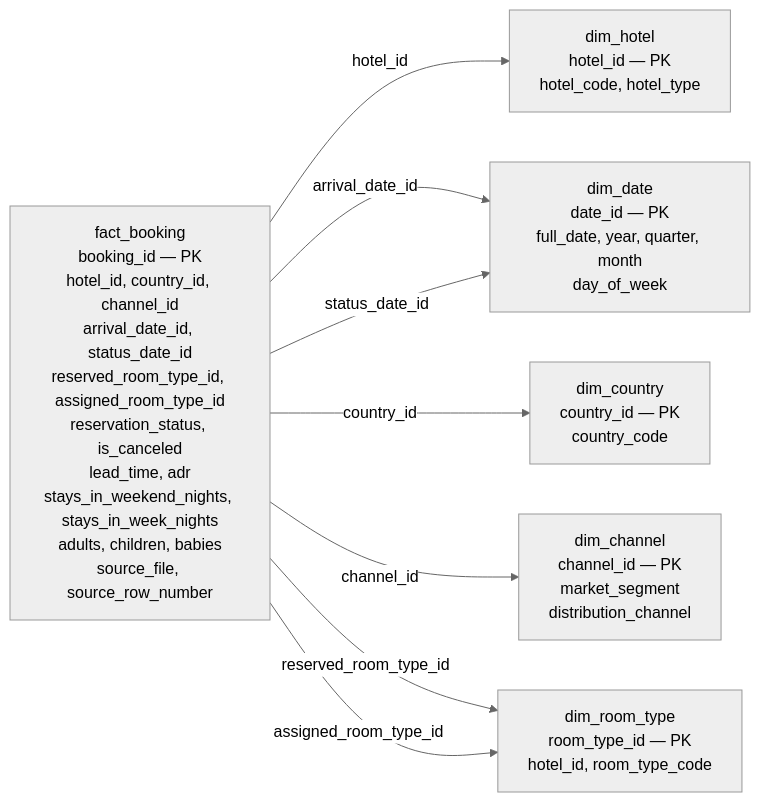
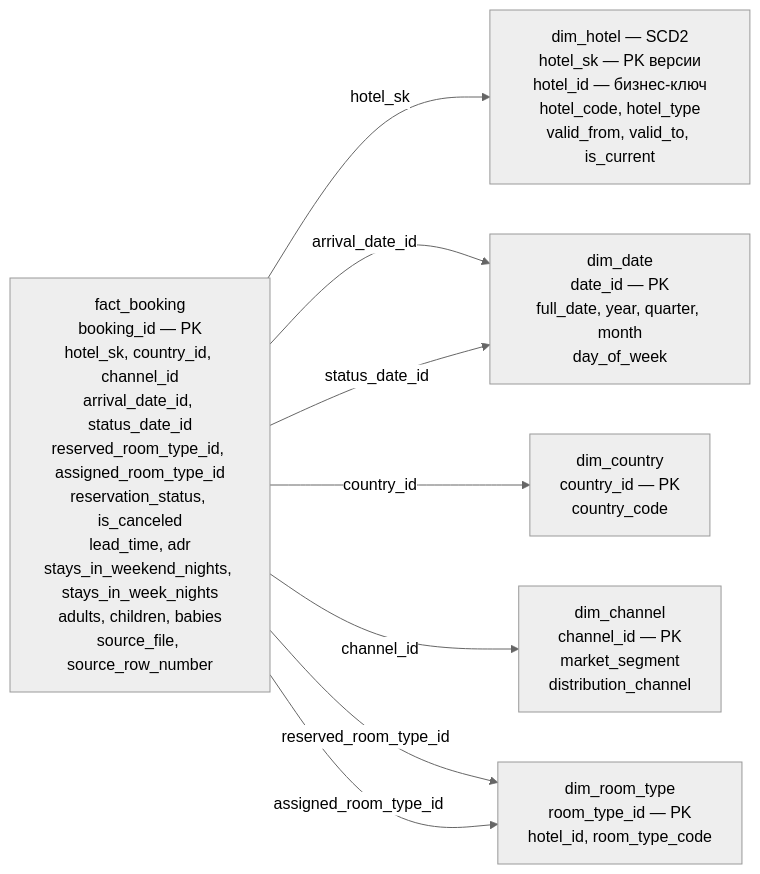
One commit to xqsy/OLAP changed the diagram in star.md. Above: the diagram before and after it, drawn with Mermaid (neutral theme). The commit also changed other lines of this file and 12 other files, not shown here.

````diff
--- a/star.md
+++ b/star.md
@@ -9,16 +9,16 @@
 ```mermaid
 flowchart LR
-    F["fact_booking<br/>booking_id — PK<br/>hotel_id, country_id, channel_id<br/>arrival_date_id, status_date_id<br/>reserved_room_type_id, assigned_room_type_id<br/>reservation_status, is_canceled<br/>lead_time, adr<br/>stays_in_weekend_nights, stays_in_week_nights<br/>adults, children, babies<br/>source_file, source_row_number"]
-    H["dim_hotel<br/>hotel_id — PK<br/>hotel_code, hotel_type"]
+    F["fact_booking<br/>booking_id — PK<br/>hotel_sk, country_id, channel_id<br/>arrival_date_id, status_date_id<br/>reserved_room_type_id, assigned_room_type_id<br/>reservation_status, is_canceled<br/>lead_time, adr<br/>stays_in_weekend_nights, stays_in_week_nights<br/>adults, children, babies<br/>source_file, source_row_number"]
+    H["dim_hotel — SCD2<br/>hotel_sk — PK версии<br/>hotel_id — бизнес-ключ<br/>hotel_code, hotel_type<br/>valid_from, valid_to, is_current"]
     D["dim_date<br/>date_id — PK<br/>full_date, year, quarter, month<br/>day_of_week"]
     C["dim_country<br/>country_id — PK<br/>country_code"]
     CH["dim_channel<br/>channel_id — PK<br/>market_segment<br/>distribution_channel"]
     R["dim_room_type<br/>room_type_id — PK<br/>hotel_id, room_type_code"]
-    F -->|hotel_id| H
+    F -->|hotel_sk| H
     F -->|arrival_date_id| D
     F -->|status_date_id| D
     F -->|country_id| C
     F -->|channel_id| CH
     F -->|reserved_room_type_id| R
     F -->|assigned_room_type_id| R
 ```
````
